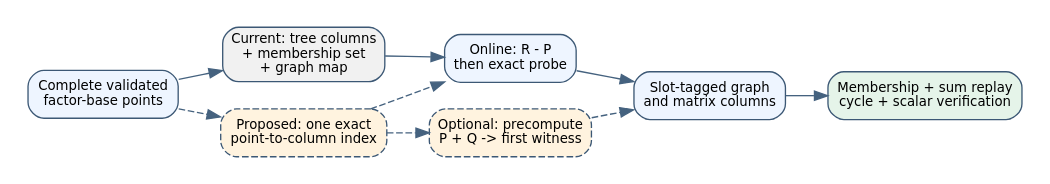
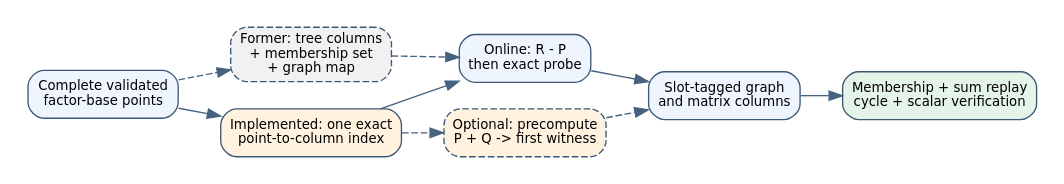
One commit to isogeny-labs/crypto changed the diagram in research/unified_point_index_20261127/point-index.dot. Above: the diagram before and after it, drawn with Graphviz. The commit also changed 16 other files, not shown here.

```diff
--- a/research/unified_point_index_20261127/point-index.dot
+++ b/research/unified_point_index_20261127/point-index.dot
@@ -1,19 +1,20 @@
 digraph PointIndex {
   graph [rankdir=LR, bgcolor="white", pad="0.18", nodesep="0.28", ranksep="0.45"];
   node [shape=box, style="rounded,filled", fillcolor="#eef5ff", color="#3c5875", fontname="DejaVu Sans", fontsize=10];
   edge [color="#45627f", fontname="DejaVu Sans", fontsize=9];
   bases [label="Complete validated\nfactor-base points"];
-  tree [label="Current: tree columns\n+ membership set\n+ graph map", fillcolor="#f1f1f1"];
-  shared [label="Proposed: one exact\npoint-to-column index", style="rounded,dashed,filled", fillcolor="#fff3df"];
+  tree [label="Former: tree columns\n+ membership set\n+ graph map", style="rounded,dashed,filled", fillcolor="#f1f1f1"];
+  shared [label="Implemented: one exact\npoint-to-column index", fillcolor="#fff3df"];
   complement [label="Online: R - P\nthen exact probe"];
   pairs [label="Optional: precompute\nP + Q -> first witness", style="rounded,dashed,filled", fillcolor="#fff3df"];
   graph_rows [label="Slot-tagged graph\nand matrix columns"];
   replay [label="Membership + sum replay\ncycle + scalar verification", fillcolor="#e5f4e9"];
-  bases -> tree -> complement;
-  bases -> shared [style=dashed];
-  shared -> complement [style=dashed];
+  bases -> tree [style=dashed];
+  tree -> complement [style=dashed];
+  bases -> shared;
+  shared -> complement;
   shared -> pairs [style=dashed];
   complement -> graph_rows;
   pairs -> graph_rows [style=dashed];
   graph_rows -> replay;
 }
```
